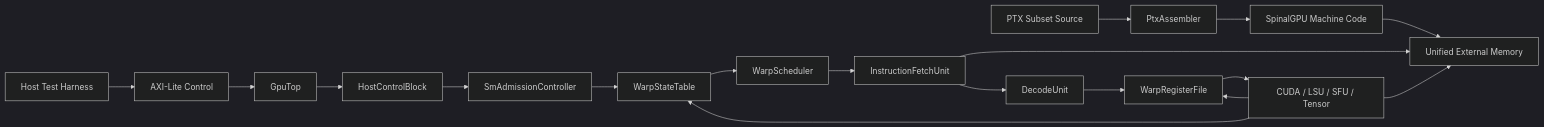
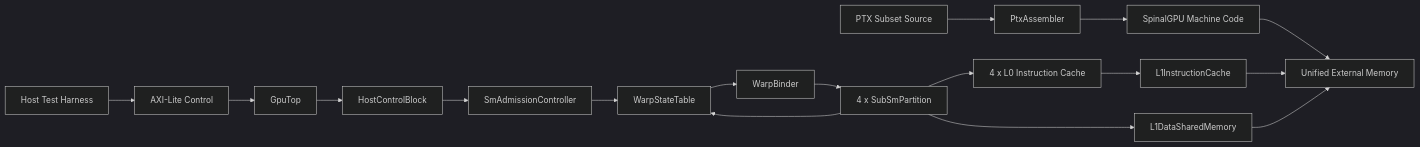
One commit to lastweek/SpinalGPU changed the fourth of 4 diagrams in docs/architecture.md. Above: the diagram before and after it, drawn with Mermaid (dark theme). The commit also changed other lines of this file and 32 other files, not shown here.

````diff
--- a/docs/architecture.md
+++ b/docs/architecture.md
@@ -205,27 +222,26 @@
 ```mermaid
 flowchart LR
   HOST[Host Test Harness]
   PTX[PTX Subset Source]
   TOOLCHAIN[PtxAssembler]
   BIN[SpinalGPU Machine Code]
   CSR[AXI-Lite Control]
   GPU[GpuTop]
   HCB[HostControlBlock]
   SAC[SmAdmissionController]
   WST[WarpStateTable]
-  SCH[WarpScheduler]
-  IFU[InstructionFetchUnit]
-  DEC[DecodeUnit]
-  RF[WarpRegisterFile]
-  EXEC[CUDA / LSU / SFU / Tensor]
+  BINDER[WarpBinder]
+  SUBS[4 x SubSmPartition]
+  L0I[4 x L0 Instruction Cache]
+  L1I[L1InstructionCache]
+  L1D[L1DataSharedMemory]
   MEM[Unified External Memory]
 
   PTX --> TOOLCHAIN --> BIN --> MEM
   HOST --> CSR --> GPU
   GPU --> HCB --> SAC --> WST
-  WST --> SCH --> IFU --> DEC --> RF --> EXEC
-  IFU --> MEM
-  EXEC --> MEM
-  EXEC --> RF
-  EXEC --> WST
+  WST --> BINDER --> SUBS
+  SUBS --> L0I --> L1I --> MEM
+  SUBS --> L1D --> MEM
+  SUBS --> WST
 ```
````
